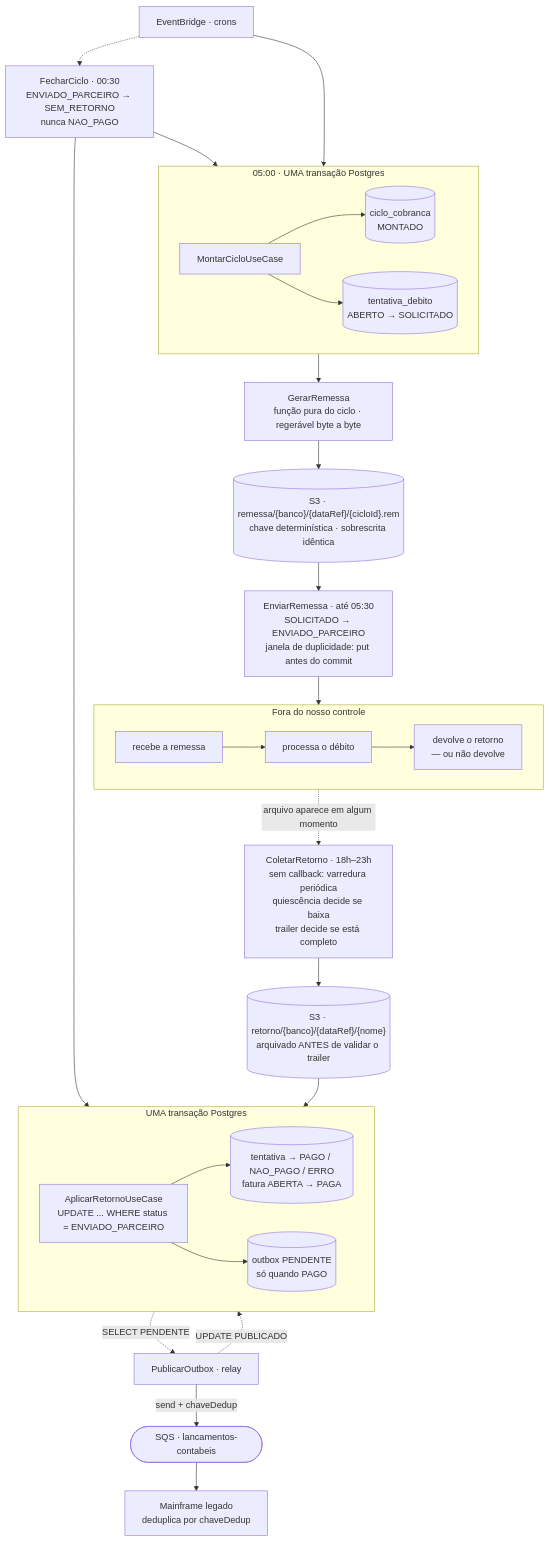
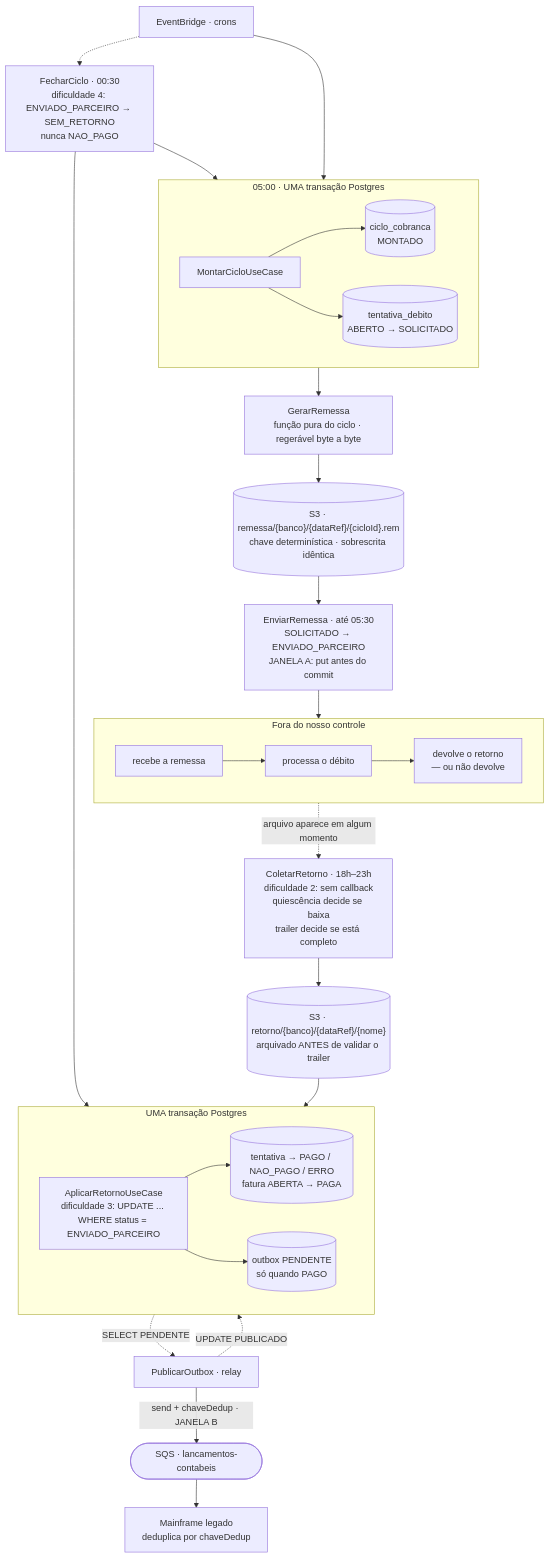
Before and after one commit to filiperibolli/platinumcoin-poc-outbox-cobranca: the first of 3 diagrams in README.md, drawn with Mermaid. The commit also changed other lines of this file and 12 other files, not shown here.

````diff
--- a/README.md
+++ b/README.md
@@ -71,50 +167,50 @@
 ```mermaid
 flowchart TB
     EB["EventBridge · crons"]
 
     subgraph montagem["05:00 · UMA transação Postgres"]
         direction LR
         M["MontarCicloUseCase"] --> CC[("ciclo_cobranca<br/>MONTADO")]
         M --> T1[("tentativa_debito<br/>ABERTO → SOLICITADO")]
     end
 
     REM["GerarRemessa<br/>função pura do ciclo · regerável byte a byte"]
     S3R[("S3 · remessa/{banco}/{dataRef}/{cicloId}.rem<br/>chave determinística · sobrescrita idêntica")]
-    ENV["EnviarRemessa · até 05:30<br/>SOLICITADO → ENVIADO_PARCEIRO<br/>janela de duplicidade: put antes do commit"]
+    ENV["EnviarRemessa · até 05:30<br/>SOLICITADO → ENVIADO_PARCEIRO<br/>JANELA A: put antes do commit"]
 
     EB --> montagem
     montagem --> REM --> S3R --> ENV
 
     subgraph parceiro["Fora do nosso controle"]
         direction LR
         PREC["recebe a remessa"] --> PDEB["processa o débito"] --> PRET["devolve o retorno<br/>— ou não devolve"]
     end
 
     ENV --> parceiro
 
-    COL["ColetarRetorno · 18h–23h<br/>sem callback: varredura periódica<br/>quiescência decide se baixa<br/>trailer decide se está completo"]
+    COL["ColetarRetorno · 18h–23h<br/>dificuldade 2: sem callback<br/>quiescência decide se baixa<br/>trailer decide se está completo"]
     parceiro -.->|"arquivo aparece em algum momento"| COL
 
     S3T[("S3 · retorno/{banco}/{dataRef}/{nome}<br/>arquivado ANTES de validar o trailer")]
     COL --> S3T
 
     subgraph retorno["UMA transação Postgres"]
         direction LR
-        AR["AplicarRetornoUseCase<br/>UPDATE ... WHERE status = ENVIADO_PARCEIRO"]
+        AR["AplicarRetornoUseCase<br/>dificuldade 3: UPDATE ... WHERE status = ENVIADO_PARCEIRO"]
         AR --> TD[("tentativa → PAGO / NAO_PAGO / ERRO<br/>fatura ABERTA → PAGA")]
         AR --> OB[("outbox PENDENTE<br/>só quando PAGO")]
     end
 
     S3T --> retorno
 
-    FC["FecharCiclo · 00:30<br/>ENVIADO_PARCEIRO → SEM_RETORNO<br/>nunca NAO_PAGO"]
+    FC["FecharCiclo · 00:30<br/>dificuldade 4: ENVIADO_PARCEIRO → SEM_RETORNO<br/>nunca NAO_PAGO"]
     EB -.-> FC
     FC --> TD
     FC --> CC
 
     RL["PublicarOutbox · relay"]
     OB -.->|"SELECT PENDENTE"| RL
-    RL -->|"send + chaveDedup"| Q(["SQS · lancamentos-contabeis"])
+    RL -->|"send + chaveDedup · JANELA B"| Q(["SQS · lancamentos-contabeis"])
     RL -.->|"UPDATE PUBLICADO"| OB
     Q --> MF["Mainframe legado<br/>deduplica por chaveDedup"]
 ```
````
